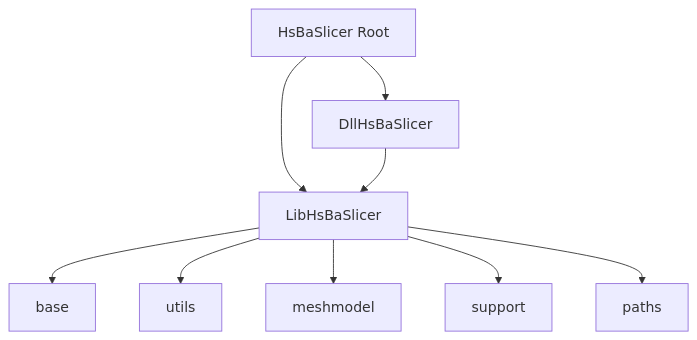
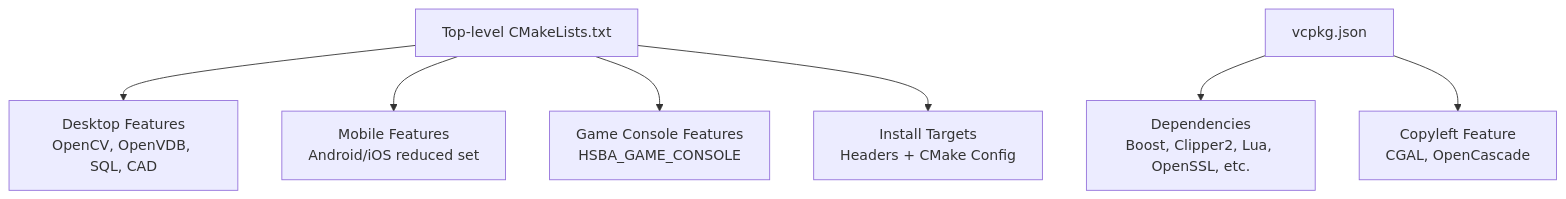
The ninth of 9 diagrams in .qoder/repowiki/en/content/Integration Guide/Integration Guide.md (hsmbanlance/HsBaSlicer), drawn with Mermaid before and after one commit. The commit also changed other lines of this file and 1095 other files, not shown here.

````diff
--- a/.qoder/repowiki/en/content/Integration Guide/Integration Guide.md
+++ b/.qoder/repowiki/en/content/Integration Guide/Integration Guide.md
@@ -500,11 +329,9 @@
 ```mermaid
 graph TB
-HsBaSlicer["HsBaSlicer Root"] --> LibHsBaSlicer["LibHsBaSlicer"]
-HsBaSlicer --> DllHsBaSlicer["DllHsBaSlicer"]
-LibHsBaSlicer --> Base["base"]
-LibHsBaSlicer --> Utils["utils"]
-LibHsBaSlicer --> Mesh["meshmodel"]
-LibHsBaSlicer --> Support["support"]
-LibHsBaSlicer --> Paths["paths"]
-DllHsBaSlicer --> LibHsBaSlicer
+Root["Top-level CMakeLists.txt"] --> Desktop["Desktop Features<br/>OpenCV, OpenVDB, SQL, CAD"]
+Root --> Mobile["Mobile Features<br/>Android/iOS reduced set"]
+Root --> Console["Game Console Features<br/>HSBA_GAME_CONSOLE"]
+Root --> Install["Install Targets<br/>Headers + CMake Config"]
+VCPKG["vcpkg.json"] --> Deps["Dependencies<br/>Boost, Clipper2, Lua, OpenSSL, etc."]
+VCPKG --> Copyleft["Copyleft Feature<br/>CGAL, OpenCascade"]
 ```
````
